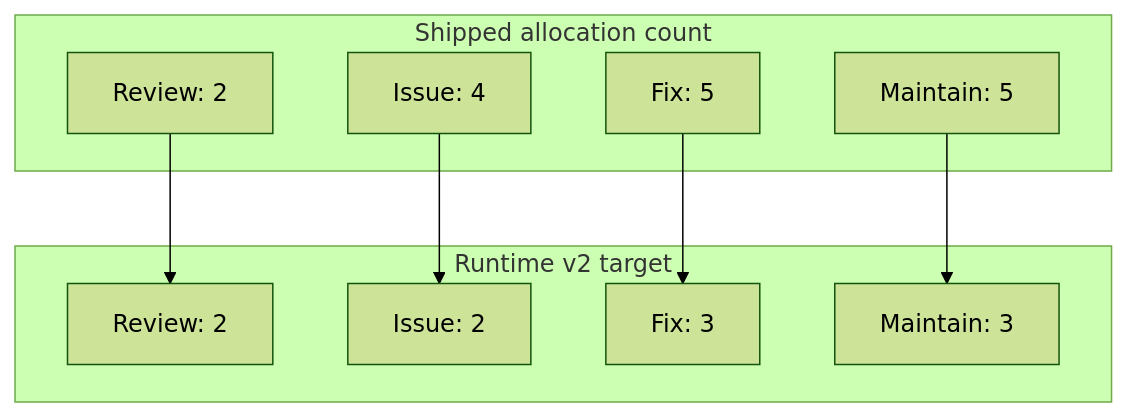
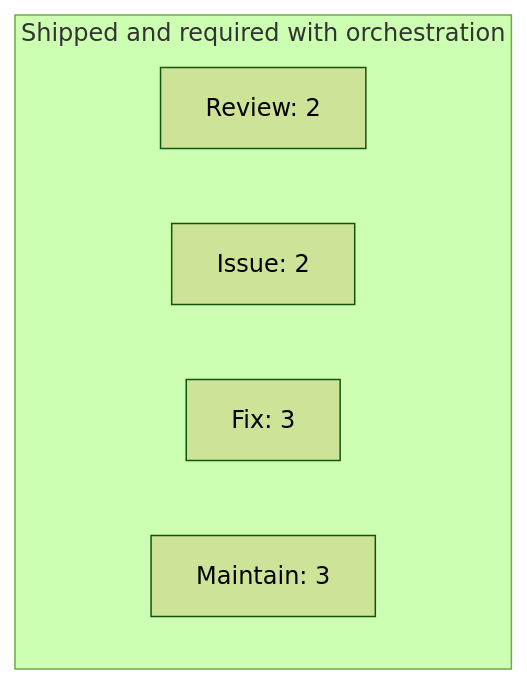
Before and after one commit to coryparrry/Codekeeper: the second of 5 diagrams in docs/MULTI_AGENT_ORCHESTRATION_SPEC.md, drawn with Mermaid (forest theme). The commit also changed other lines of this file and 1 other file, not shown here.

First line of the commit message:
docs(orchestration): correct implementation backlog

````diff
--- a/docs/MULTI_AGENT_ORCHESTRATION_SPEC.md
+++ b/docs/MULTI_AGENT_ORCHESTRATION_SPEC.md
@@ -116,19 +116,9 @@
 ```mermaid
 flowchart TB
-    subgraph Today["Shipped allocation count"]
-        T1["Review: 2"]
-        T2["Issue: 4"]
-        T3["Fix: 5"]
-        T4["Maintain: 5"]
-    end
-    subgraph Target["Runtime v2 target"]
+    subgraph Preserved["Shipped and required with orchestration"]
         N1["Review: 2"]
         N2["Issue: 2"]
         N3["Fix: 3"]
         N4["Maintain: 3"]
     end
-    T1 --> N1
-    T2 --> N2
-    T3 --> N3
-    T4 --> N4
 ```
````
